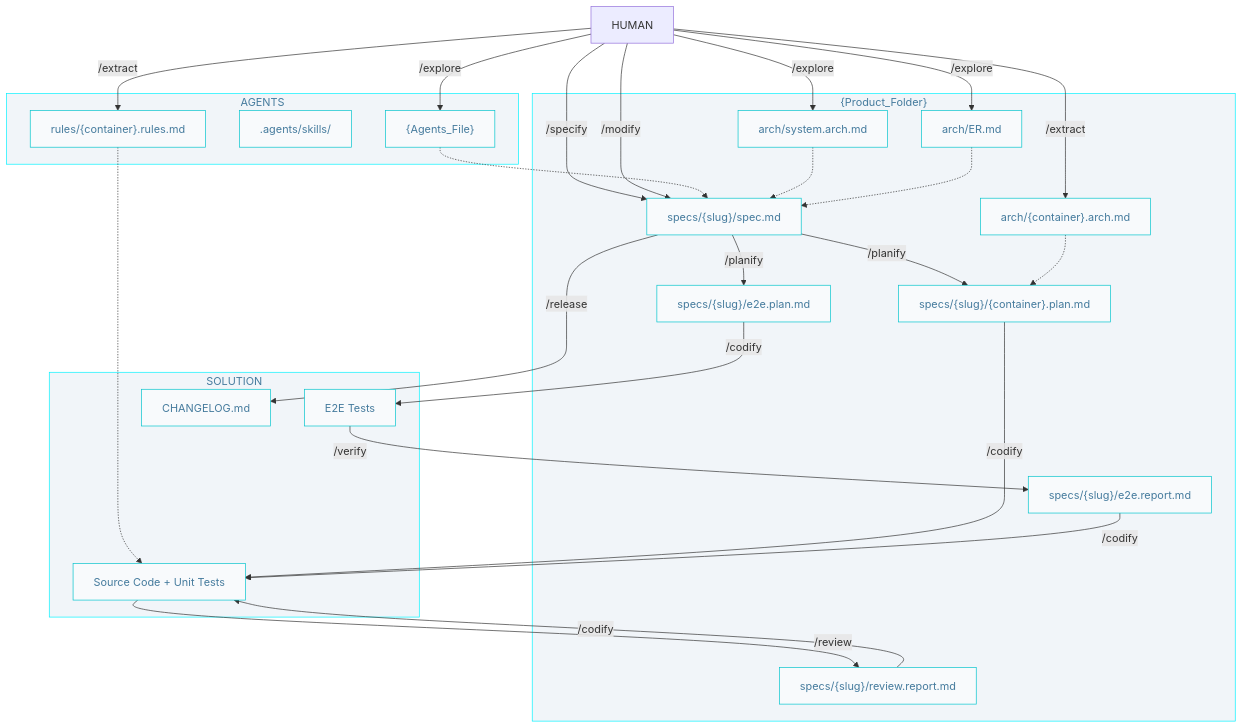
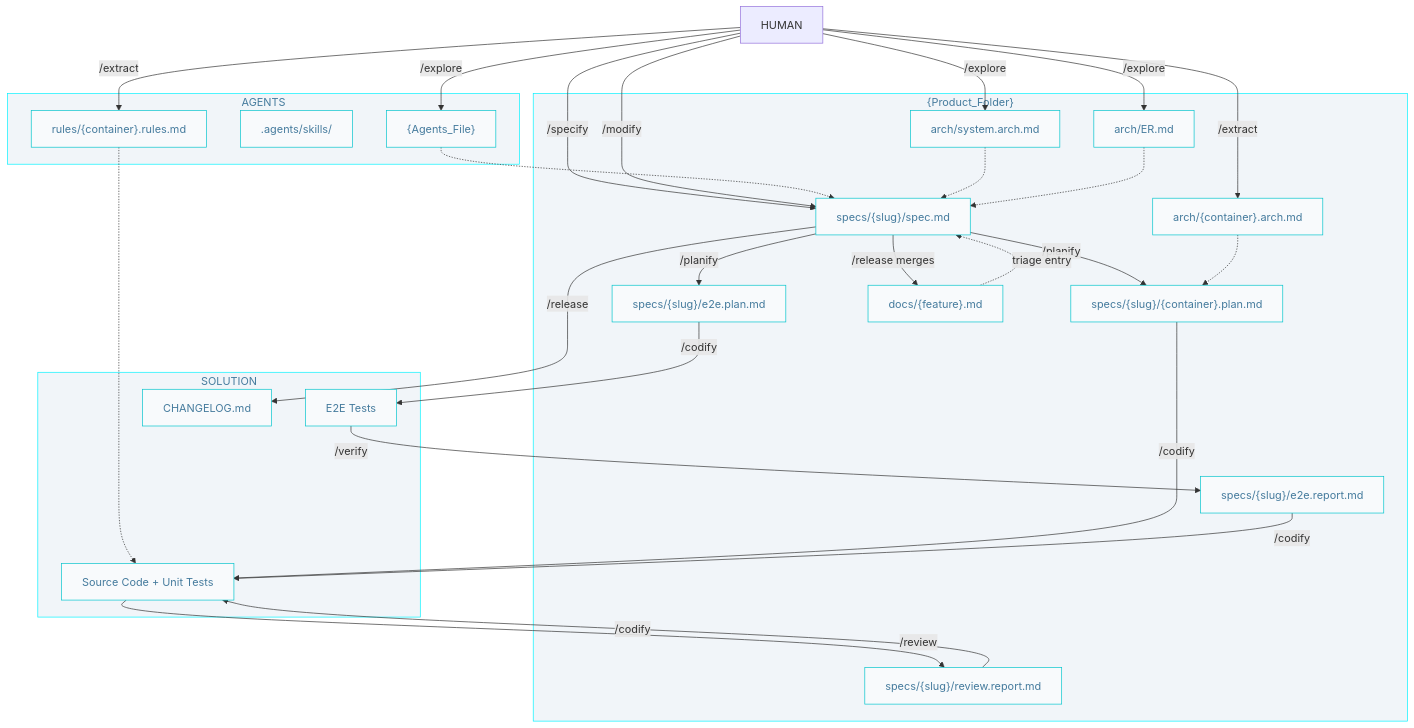
Before and after one commit to AIDDbot/AIDDbot: the diagram in docs/AIDD.workflow.md, drawn with Mermaid. The commit also changed other lines of this file and 17 other files, not shown here.

Commit message:
refactor(docs): update feature documentation and skills lifecycle to clarify the handling of released features, enhance the `/modify` and `/release` processes, and improve the overall structure of the skills pipeline

````diff
--- a/docs/AIDD.workflow.md
+++ b/docs/AIDD.workflow.md
@@ -3,55 +3,58 @@
 ```mermaid
 flowchart TD
   classDef nd fill:#f8fafc,stroke:#00c4cc,color:#457b9d
   classDef sg fill:#f1f5f9,stroke:#00f2ff,color:#457b9d 
 
   HUM[HUMAN]
 
   subgraph A["AGENTS"]
       AGT["{Agents_File}"]:::nd
       SKL[".agents/skills/"]:::nd
       RUL["rules/{container}.rules.md"]:::nd
   end  
 
   subgraph P["{Product_Folder}"]
       ARC["arch/system.arch.md"]:::nd
       ERD["arch/ER.md"]:::nd
       CAR["arch/{container}.arch.md"]:::nd
       SPC["specs/{slug}/spec.md"]:::nd
       PLN["specs/{slug}/{container}.plan.md"]:::nd
       EPL["specs/{slug}/e2e.plan.md"]:::nd
       RPT["specs/{slug}/e2e.report.md"]:::nd
       RVR["specs/{slug}/review.report.md"]:::nd
+      DOC["docs/{feature}.md"]:::nd
   end
 
   subgraph S["SOLUTION"]
       COD["Source Code + Unit Tests"]:::nd
       E2E["E2E Tests"]:::nd
       CHL["CHANGELOG.md"]:::nd
   end
 
   HUM -->|/explore| AGT
   HUM -->|/explore| ARC
   HUM -->|/explore| ERD
   HUM -->|/extract| CAR
   HUM -->|/extract| RUL
   HUM -->|/specify| SPC
   HUM -->|/modify| SPC
   AGT -.-> SPC
   ARC -.-> SPC
   ERD -.-> SPC
   SPC -->|/planify| PLN
   SPC -->|/planify| EPL
   CAR -.-> PLN
 
   PLN -->|/codify| COD
   RUL -.-> COD
   EPL -->|/codify| E2E
   E2E -->|/verify| RPT
   RPT -->|/codify| COD
   COD -->|/review| RVR
   RVR -->|/codify| COD
   SPC -->|/release| CHL
+  SPC -->|/release merges| DOC
+  DOC -.triage entry.-> SPC
 
   class P,A,S sg
 ```
````
